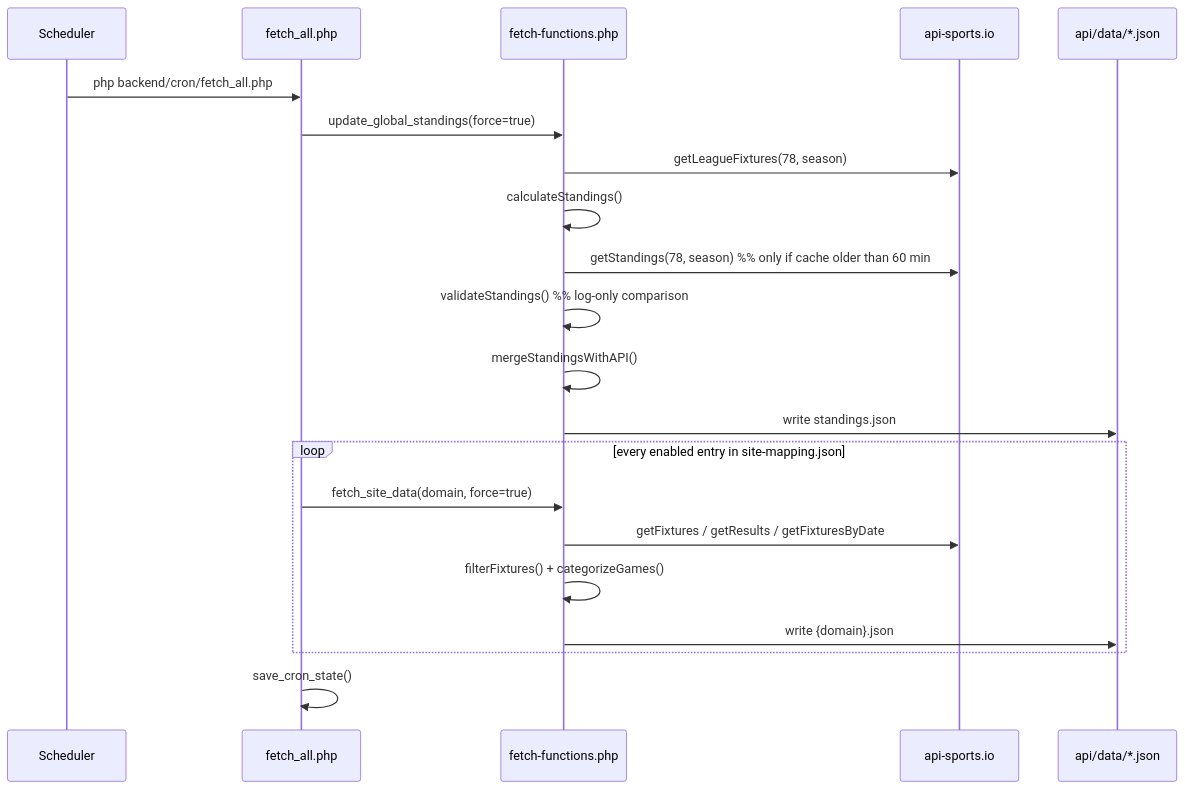
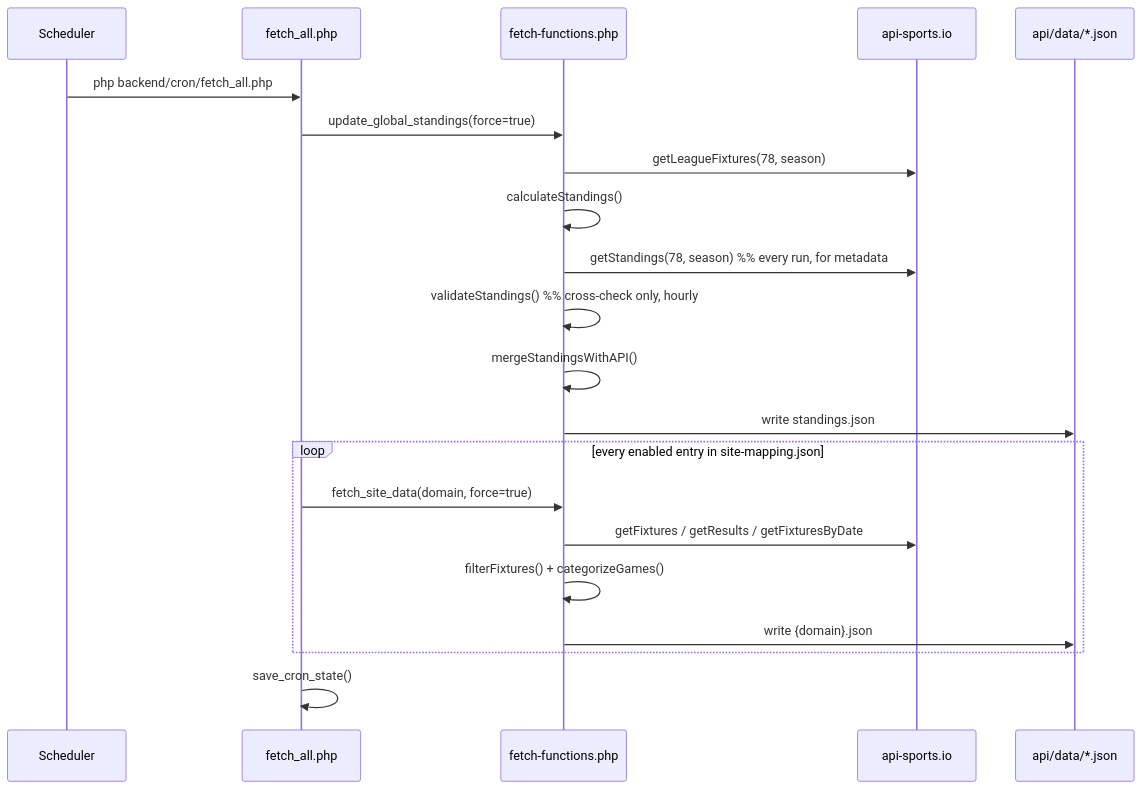
The second of 3 diagrams in docs/architecture.md (striberny/blwp), drawn with Mermaid before and after one commit. The commit also changed other lines of this file and 2 other files, not shown here.

Commit message:
docs: update for the standings cadence and the run record

````diff
--- a/docs/architecture.md
+++ b/docs/architecture.md
@@ -137,24 +137,24 @@
 ```mermaid
 sequenceDiagram
     participant TS as Scheduler
     participant CRON as fetch_all.php
     participant FF as fetch-functions.php
     participant API as api-sports.io
     participant FS as api/data/*.json
 
     TS->>CRON: php backend/cron/fetch_all.php
     CRON->>FF: update_global_standings(force=true)
     FF->>API: getLeagueFixtures(78, season)
     FF->>FF: calculateStandings()
-    FF->>API: getStandings(78, season)   %% only if cache older than 60 min
-    FF->>FF: validateStandings()         %% log-only comparison
+    FF->>API: getStandings(78, season)   %% every run, for metadata
+    FF->>FF: validateStandings()         %% cross-check only, hourly
     FF->>FF: mergeStandingsWithAPI()
     FF->>FS: write standings.json
     loop every enabled entry in site-mapping.json
         CRON->>FF: fetch_site_data(domain, force=true)
         FF->>API: getFixtures / getResults / getFixturesByDate
         FF->>FF: filterFixtures() + categorizeGames()
         FF->>FS: write {domain}.json
     end
     CRON->>CRON: save_cron_state()
 ```
````
